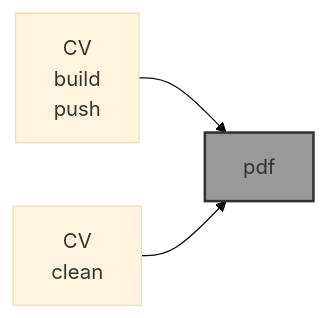
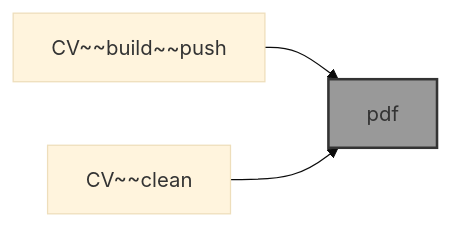
Before and after one commit to kamangir/CV: the diagram in README.md, drawn with Mermaid (base theme). The commit also changed 3 other files, not shown here.

````diff
--- a/README.md
+++ b/README.md
@@ -9,11 +9,11 @@
 ```mermaid
 graph LR
-    build["CV<br>build<br>push"]
-    clean["CV<br>clean"]
+    build["CV~~build~~push"]
+    clean["CV~~clean"]
     CV["pdf"]:::folder
 
     build --> CV
     clean --> CV
 
     classDef folder fill:#999,stroke:#333,stroke-width:2px;
 ```
````
